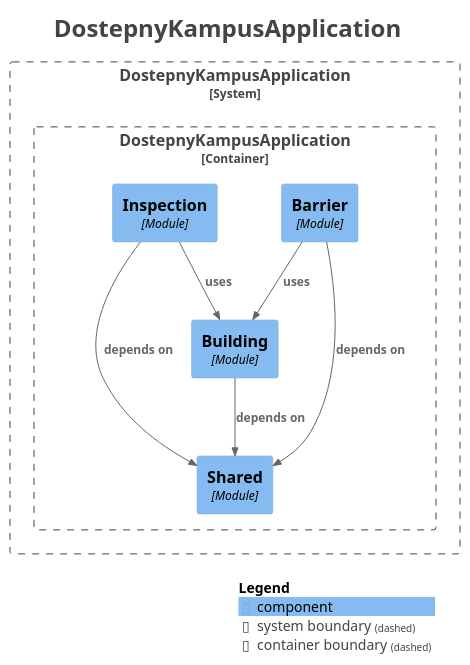
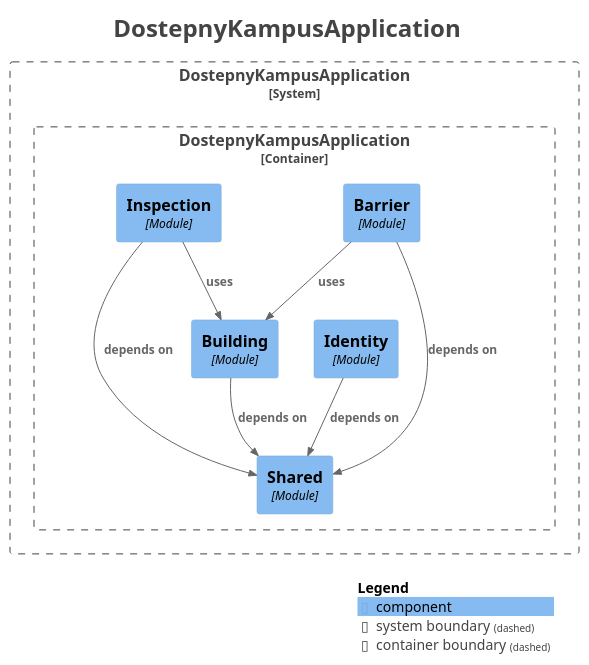
The diagram in docs/docs/architektura/moduly-serwera.iuml (dostepny-kampus/dostepny-kampus), drawn with PlantUML before and after one commit. The commit also changed 7 other files, not shown here.

Commit message:
refactor(tożsamość): warstwa application, Qulice i diagram modułów dla zaproszeń

```diff
--- a/docs/docs/architektura/moduly-serwera.iuml
+++ b/docs/docs/architektura/moduly-serwera.iuml
@@ -1,36 +1,38 @@
 @startuml
 title <size:24>DostepnyKampusApplication</size>
 
 set separator none
 top to bottom direction
 
 <style>
   root {
     BackgroundColor: #ffffff
     FontColor: #444444
   }
 </style>
 
 !include <C4/C4>
 !include <C4/C4_Context>
 !include <C4/C4_Component>
 
 System_Boundary("DostepnyKampusApplication_boundary", "DostepnyKampusApplication", $tags="") {
   Container_Boundary("DostepnyKampusApplication.DostepnyKampusApplication_boundary", "DostepnyKampusApplication", $tags="") {
     Component(DostepnyKampusApplication.DostepnyKampusApplication.Shared, "Shared", $techn="Module", $descr="", $tags="", $link="")
     Component(DostepnyKampusApplication.DostepnyKampusApplication.Building, "Building", $techn="Module", $descr="", $tags="", $link="")
     Component(DostepnyKampusApplication.DostepnyKampusApplication.Barrier, "Barrier", $techn="Module", $descr="", $tags="", $link="")
+    Component(DostepnyKampusApplication.DostepnyKampusApplication.Identity, "Identity", $techn="Module", $descr="", $tags="", $link="")
     Component(DostepnyKampusApplication.DostepnyKampusApplication.Inspection, "Inspection", $techn="Module", $descr="", $tags="", $link="")
   }
 
 }
 
 Rel(DostepnyKampusApplication.DostepnyKampusApplication.Building, DostepnyKampusApplication.DostepnyKampusApplication.Shared, "depends on", $techn="", $tags="", $link="")
 Rel(DostepnyKampusApplication.DostepnyKampusApplication.Barrier, DostepnyKampusApplication.DostepnyKampusApplication.Shared, "depends on", $techn="", $tags="", $link="")
 Rel(DostepnyKampusApplication.DostepnyKampusApplication.Barrier, DostepnyKampusApplication.DostepnyKampusApplication.Building, "uses", $techn="", $tags="", $link="")
+Rel(DostepnyKampusApplication.DostepnyKampusApplication.Identity, DostepnyKampusApplication.DostepnyKampusApplication.Shared, "depends on", $techn="", $tags="", $link="")
 Rel(DostepnyKampusApplication.DostepnyKampusApplication.Inspection, DostepnyKampusApplication.DostepnyKampusApplication.Shared, "depends on", $techn="", $tags="", $link="")
 Rel(DostepnyKampusApplication.DostepnyKampusApplication.Inspection, DostepnyKampusApplication.DostepnyKampusApplication.Building, "uses", $techn="", $tags="", $link="")
 
 SHOW_LEGEND(true)
 hide stereotypes
 @enduml
```
